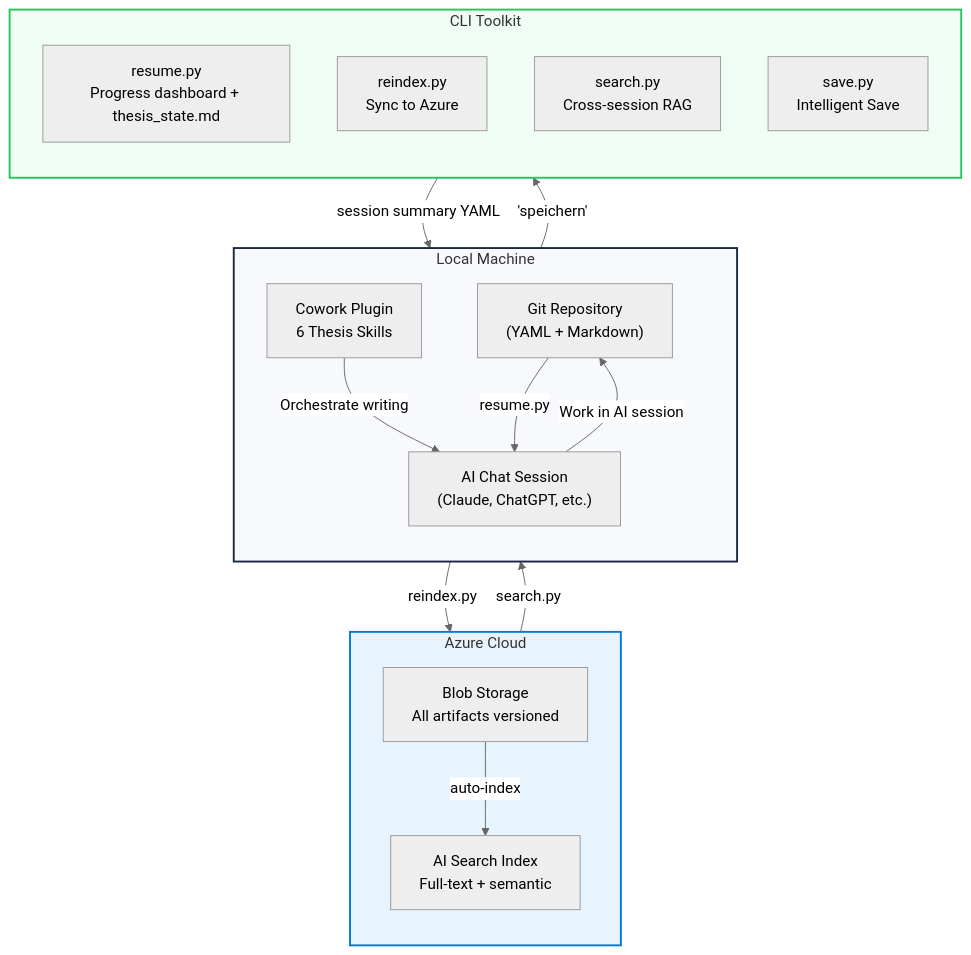
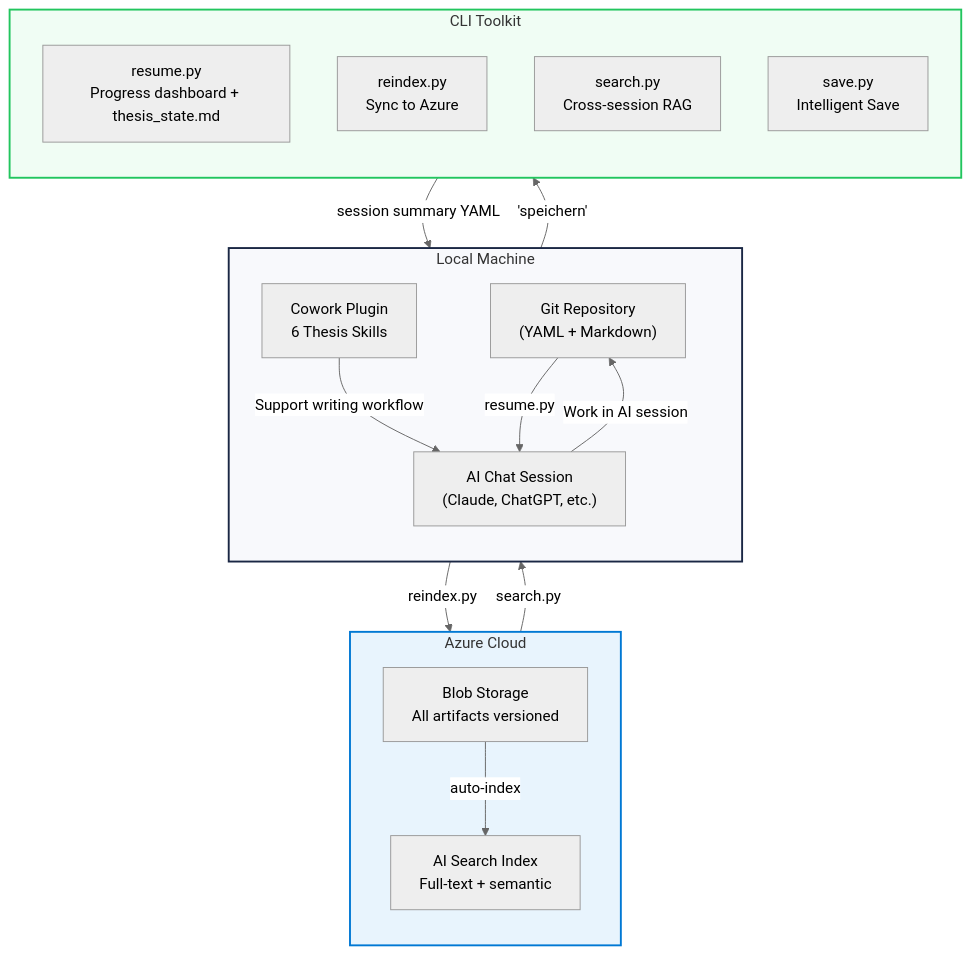
Before and after one commit to MustDemir/ai-context-vault: the second of 3 diagrams in README.md, drawn with Mermaid (neutral theme). The commit also changed other lines of this file, not shown here.

Commit message:
docs: clarify AI-assisted thesis workflow wording

````diff
--- a/README.md
+++ b/README.md
@@ -163,36 +163,36 @@
 ```mermaid
 flowchart TB
     subgraph LOCAL["Local Machine"]
         direction TB
         GIT["Git Repository\n(YAML + Markdown)"]
         CHAT["AI Chat Session\n(Claude, ChatGPT, etc.)"]
         SKILLS["Cowork Plugin\n6 Thesis Skills"]
     end
 
     subgraph AZURE["Azure Cloud"]
         direction TB
         BLOB["Blob Storage\nAll artifacts versioned"]
         SEARCH["AI Search Index\nFull-text + semantic"]
     end
 
     subgraph SCRIPTS["CLI Toolkit"]
         direction TB
         S1["resume.py\nProgress dashboard + thesis_state.md"]
         S2["reindex.py\nSync to Azure"]
         S3["search.py\nCross-session RAG"]
         S4["save.py\nIntelligent Save"]
     end
 
     CHAT -->|"Work in AI session"| GIT
-    SKILLS -->|"Orchestrate writing"| CHAT
+    SKILLS -->|"Support writing workflow"| CHAT
     GIT -->|"reindex.py"| BLOB
     BLOB -->|"auto-index"| SEARCH
     SEARCH -->|"search.py"| CHAT
     GIT -->|"resume.py"| CHAT
     CHAT -->|"'speichern'"| S4
     S4 -->|"session summary YAML"| GIT
 
     style LOCAL fill:#f8f9fc,stroke:#1a2744,stroke-width:2px
     style AZURE fill:#e8f4fd,stroke:#0078D4,stroke-width:2px
     style SCRIPTS fill:#f0fdf4,stroke:#22c55e,stroke-width:2px
 ```
````
